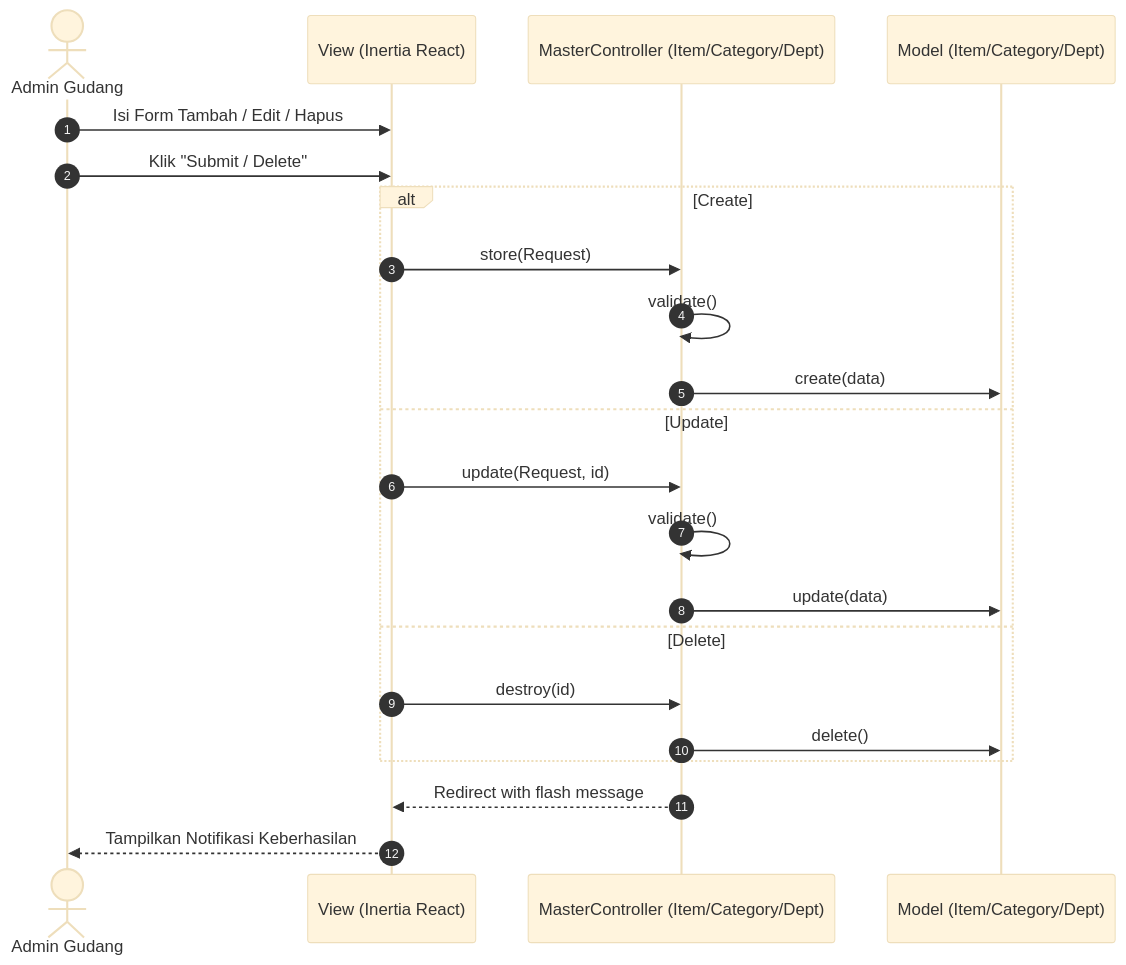
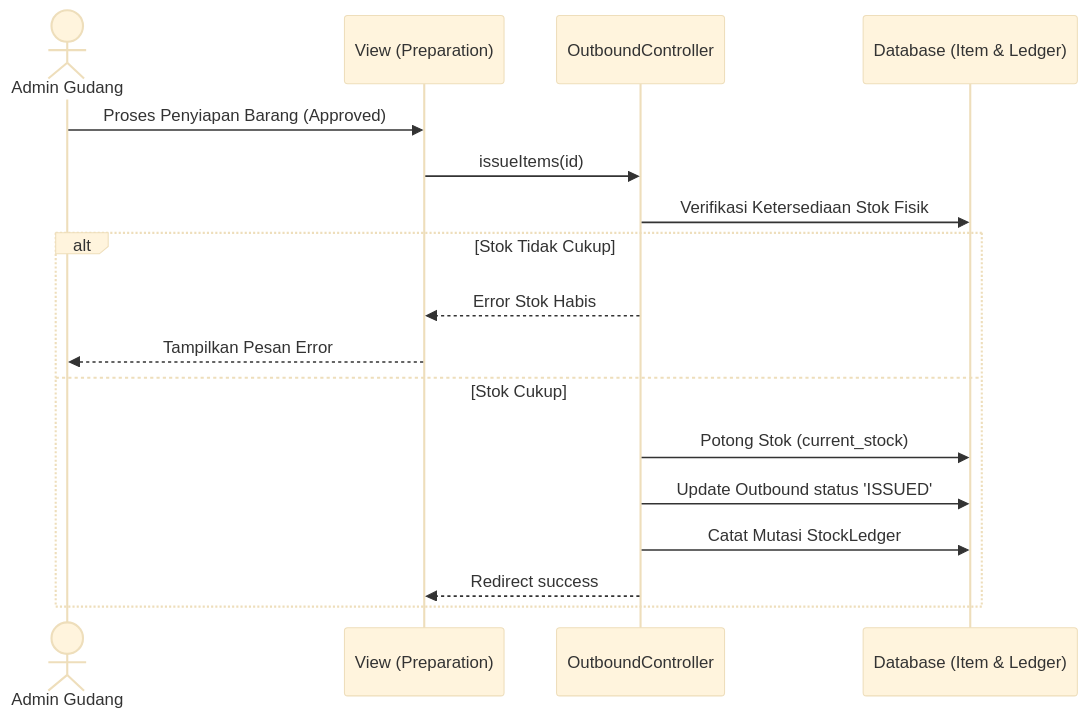
One commit to wahyu2021/SIMPATIK changed diagram 13 of 14 in laporan_sequence_diagram.md. Above: the diagram before and after it, drawn with Mermaid (base theme). The commit also changed other lines of this file and 34 other files, not shown here.

Commit message:
Menyempurnakan logika seeder (User, Master Barang, dan Transaksi) agar lebih realistis

````diff
--- a/laporan_sequence_diagram.md
+++ b/laporan_sequence_diagram.md
@@ -278,27 +341,22 @@
 ```mermaid
 sequenceDiagram
-    autonumber
-    actor A as Admin Gudang
-    participant V as View (Inertia React)
-    participant C as MasterController (Item/Category/Dept)
-    participant M as Model (Item/Category/Dept)
+    actor AG as Admin Gudang
+    participant V as View (Preparation)
+    participant C as OutboundController
+    participant DB as Database (Item & Ledger)
 
-    A->>V: Isi Form Tambah / Edit / Hapus
-    A->>V: Klik "Submit / Delete"
+    AG->>V: Proses Penyiapan Barang (Approved)
+    V->>C: issueItems(id)
     
-    alt Create
-        V->>C: store(Request)
-        C->>C: validate()
-        C->>M: create(data)
-    else Update
-        V->>C: update(Request, id)
-        C->>C: validate()
-        C->>M: update(data)
-    else Delete
-        V->>C: destroy(id)
-        C->>M: delete()
+    C->>DB: Verifikasi Ketersediaan Stok Fisik
+    
+    alt Stok Tidak Cukup
+        C-->>V: Error Stok Habis
+        V-->>AG: Tampilkan Pesan Error
+    else Stok Cukup
+        C->>DB: Potong Stok (current_stock)
+        C->>DB: Update Outbound status 'ISSUED'
+        C->>DB: Catat Mutasi StockLedger
+        C-->>V: Redirect success
     end
-    
-    C-->>V: Redirect with flash message
-    V-->>A: Tampilkan Notifikasi Keberhasilan
 ```
````
